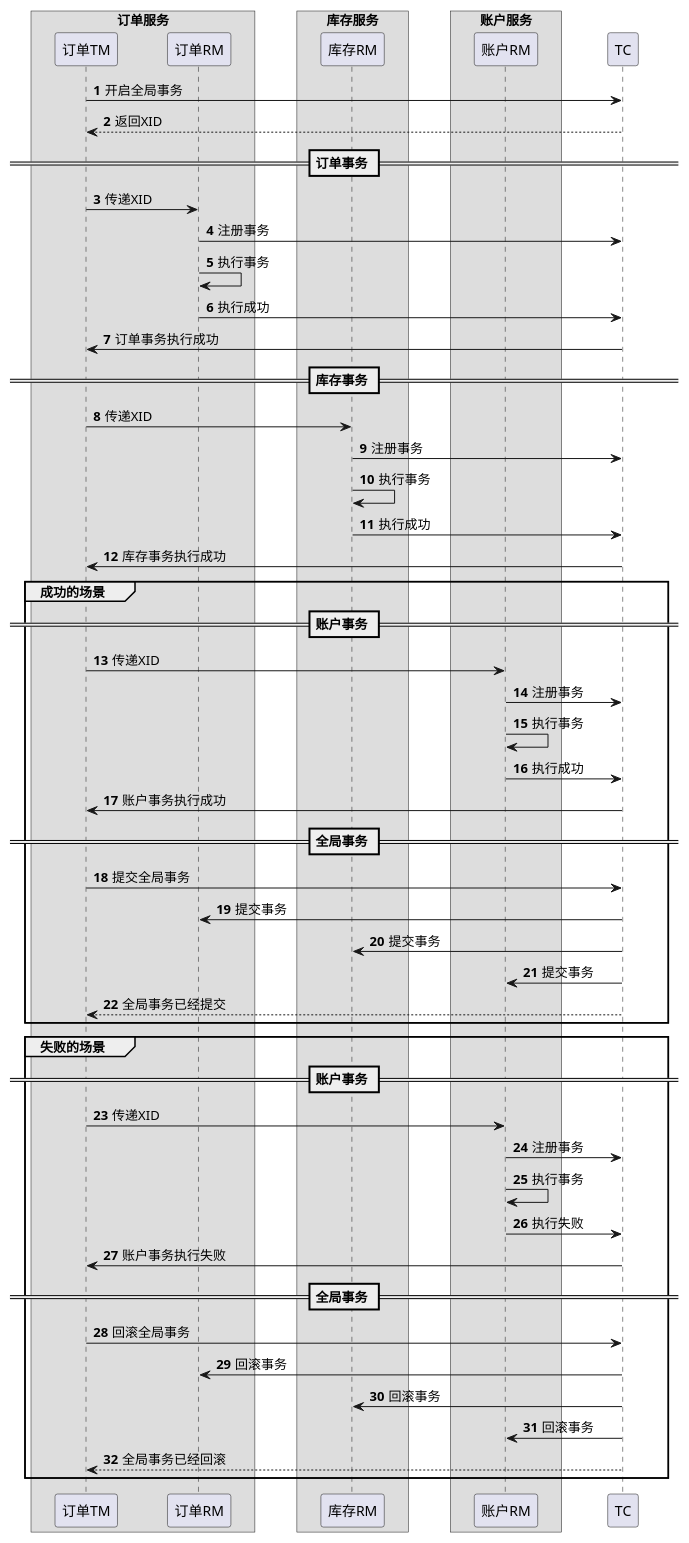
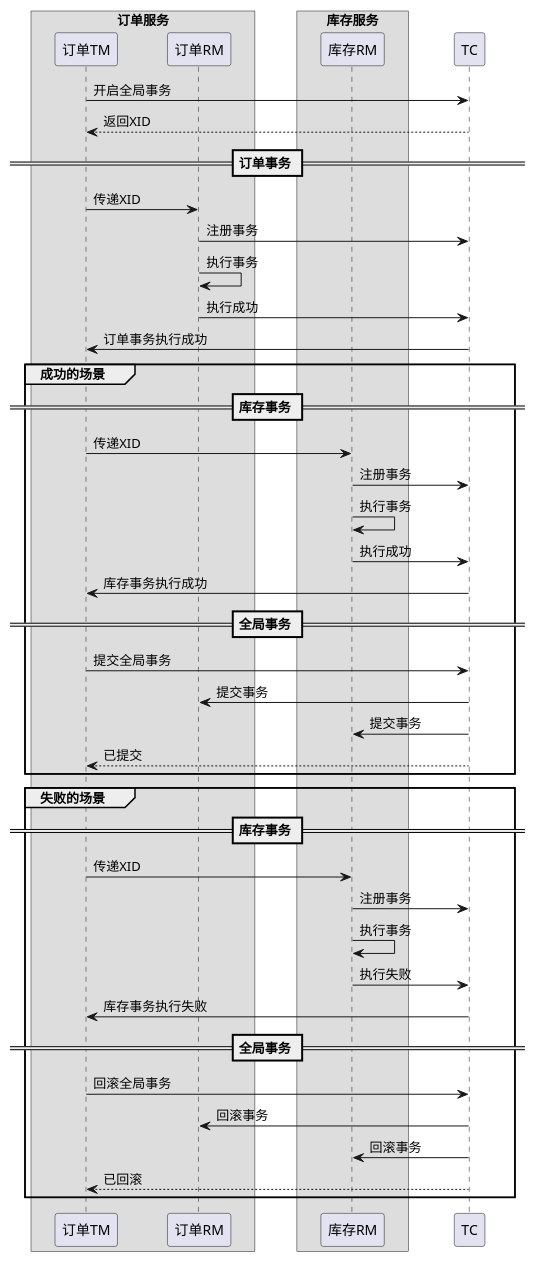
The diagram in source/_posts/at.md (shengyayun/shengyayun.github.io), drawn with PlantUML before and after one commit. The commit also changed other lines of this file and 1 other file, not shown here.

Commit message:
Site updated: 2022-02-25 18:03:38

```diff
--- a/source/_posts/at.md
+++ b/source/_posts/at.md
@@ -12,76 +9,62 @@
 {% plantuml %}
-autonumber
 skinparam ParticipantPadding 20
 skinparam BoxPadding 20
 
 box 订单服务
 participant 订单TM
 participant 订单RM
 endbox
 box 库存服务
 participant 库存RM
-endbox
-box 账户服务
-participant 账户RM
 endbox
 participant TC
 
 订单TM -> TC: 开启全局事务
 TC --> 订单TM: 返回XID
 
 == 订单事务 ==
 
 订单TM -> 订单RM: 传递XID
 订单RM -> TC: 注册事务
 订单RM -> 订单RM: 执行事务
 订单RM -> TC: 执行成功
 TC -> 订单TM: 订单事务执行成功
 
+group 成功的场景
+
 == 库存事务 ==
 
 订单TM -> 库存RM: 传递XID
 库存RM -> TC: 注册事务
 库存RM -> 库存RM: 执行事务
 库存RM -> TC: 执行成功
 TC -> 订单TM: 库存事务执行成功
 
-group 成功的场景
-
-== 账户事务 ==
-
-订单TM -> 账户RM: 传递XID
-账户RM -> TC: 注册事务
-账户RM -> 账户RM: 执行事务
-账户RM -> TC: 执行成功
-TC -> 订单TM: 账户事务执行成功
-
 == 全局事务 ==
 
 订单TM -> TC: 提交全局事务
 TC -> 订单RM: 提交事务
 TC -> 库存RM: 提交事务
-TC -> 账户RM: 提交事务
-TC --> 订单TM: 全局事务已经提交
+TC --> 订单TM: 已提交
 
 end
 
 group 失败的场景
 
-== 账户事务 ==
+== 库存事务 ==
 
-订单TM -> 账户RM: 传递XID
-账户RM -> TC: 注册事务
-账户RM -> 账户RM: 执行事务
-账户RM -> TC: 执行失败
-TC -> 订单TM: 账户事务执行失败
+订单TM -> 库存RM: 传递XID
+库存RM -> TC: 注册事务
+库存RM -> 库存RM: 执行事务
+库存RM -> TC: 执行失败
+TC -> 订单TM: 库存事务执行失败
 
 == 全局事务 ==
 
 订单TM -> TC: 回滚全局事务
 TC -> 订单RM: 回滚事务
 TC -> 库存RM: 回滚事务
-TC -> 账户RM: 回滚事务
-TC --> 订单TM: 全局事务已经回滚
+TC --> 订单TM: 已回滚
 
 end
 {% endplantuml %}
```
